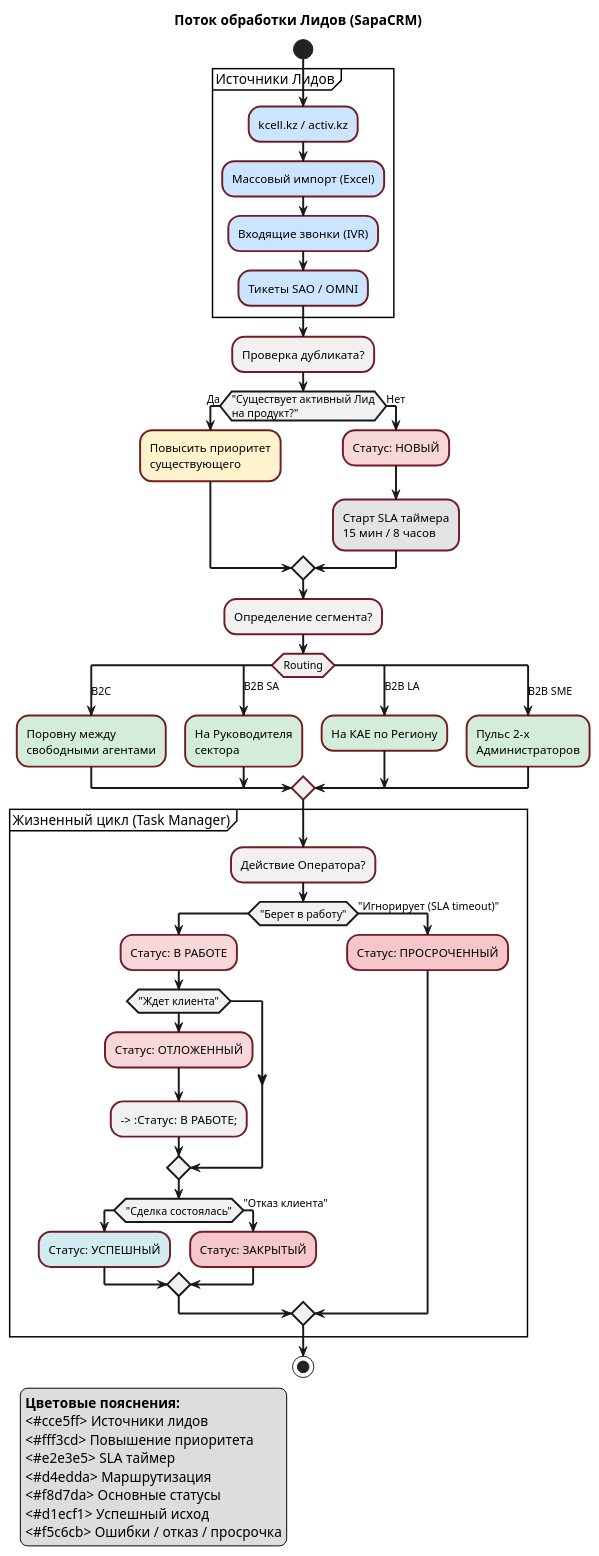
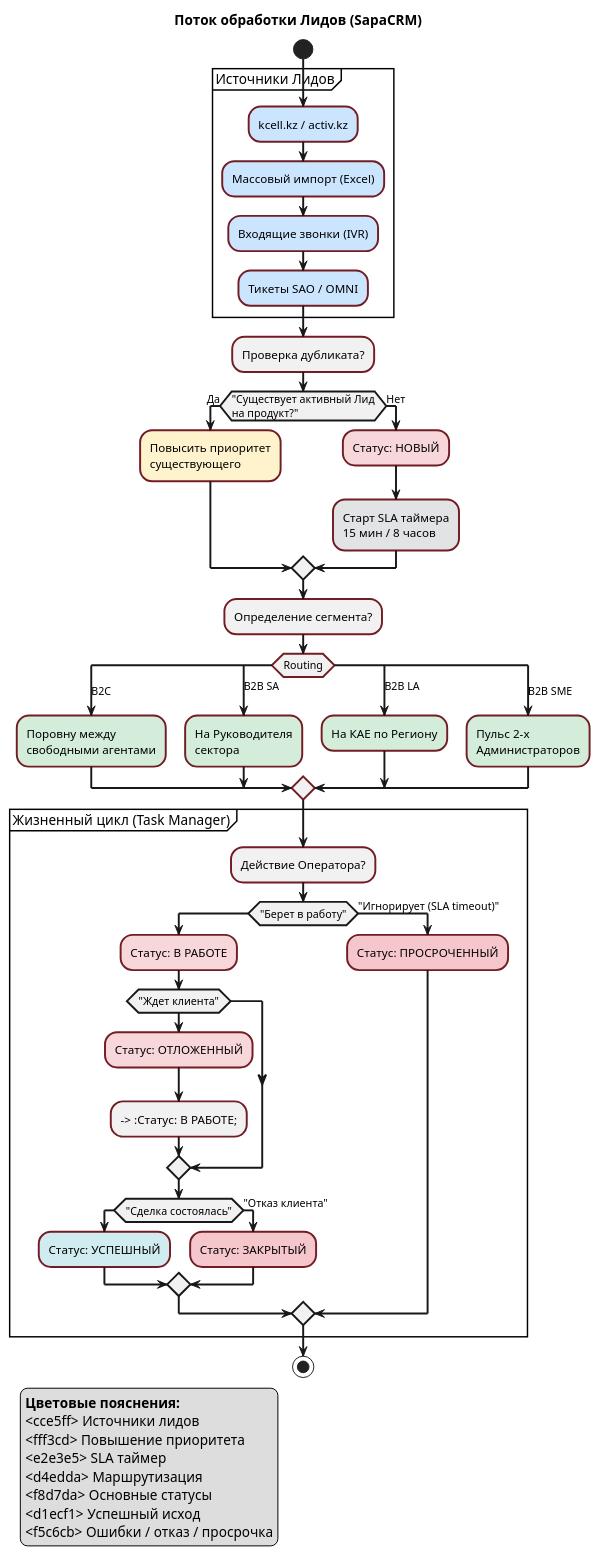
The third of 5 diagrams in SapaCRM Kcell описание/Full Version Архитектура и устройство SapaCRM (АО «Kcell»).md (styazhkoV/-), drawn with PlantUML before and after one commit. The commit also changed other lines of this file and 53 other files, not shown here.

```diff
--- a/SapaCRM Kcell описание/Full Version Архитектура и устройство SapaCRM (АО «Kcell»).md
+++ b/SapaCRM Kcell описание/Full Version Архитектура и устройство SapaCRM (АО «Kcell»).md
@@ -306,56 +306,56 @@
 
 ' === Стилизация ===
 skinparam activity {
-  BackgroundColor<<source>> #cce5ff
-  BorderColor #004085
+  BackgroundColor<<source>> cce5ff
+  BorderColor 004085
   BorderThickness 2
 }
 
 skinparam activity {
-  BackgroundColor<<update>> #fff3cd
-  BorderColor #856404
+  BackgroundColor<<update>> fff3cd
+  BorderColor 856404
   BorderThickness 2
 }
 
 skinparam activity {
-  BackgroundColor<<sla>> #e2e3e5
-  BorderColor #6c757d
+  BackgroundColor<<sla>> e2e3e5
+  BorderColor 6c757d
   BorderThickness 2
 }
 
 skinparam activity {
-  BackgroundColor<<route>> #d4edda
-  BorderColor #28a745
+  BackgroundColor<<route>> d4edda
+  BorderColor 28a745
   BorderThickness 2
 }
 
 skinparam activity {
-  BackgroundColor<<state>> #f8d7da
-  BorderColor #dc3545
+  BackgroundColor<<state>> f8d7da
+  BorderColor dc3545
   BorderThickness 2
 }
 
 skinparam activity {
-  BackgroundColor<<state_success>> #d1ecf1
-  BorderColor #0c5460
+  BackgroundColor<<state_success>> d1ecf1
+  BorderColor 0c5460
   BorderThickness 2
 }
 
 skinparam activity {
-  BackgroundColor<<state_fail>> #f5c6cb
-  BorderColor #721c24
+  BackgroundColor<<state_fail>> f5c6cb
+  BorderColor 721c24
   BorderThickness 2
 }
 
 legend left
   <b>Цветовые пояснения:</b>
-  <#cce5ff> Источники лидов
-  <#fff3cd> Повышение приоритета
-  <#e2e3e5> SLA таймер
-  <#d4edda> Маршрутизация
-  <#f8d7da> Основные статусы
-  <#d1ecf1> Успешный исход
-  <#f5c6cb> Ошибки / отказ / просрочка
+  <cce5ff> Источники лидов
+  <fff3cd> Повышение приоритета
+  <e2e3e5> SLA таймер
+  <d4edda> Маршрутизация
+  <f8d7da> Основные статусы
+  <d1ecf1> Успешный исход
+  <f5c6cb> Ошибки / отказ / просрочка
 endlegend
 
 @enduml
```
